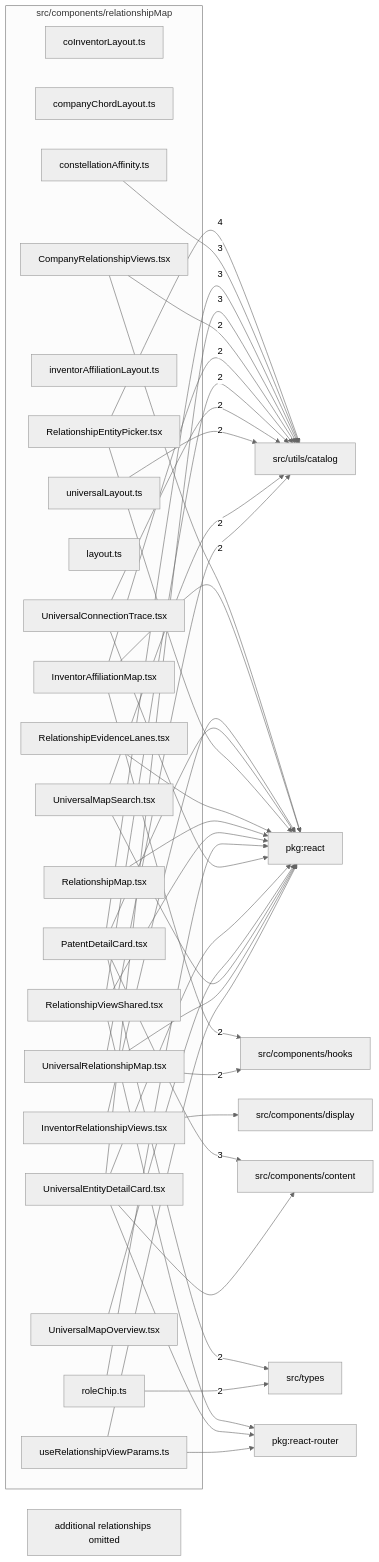
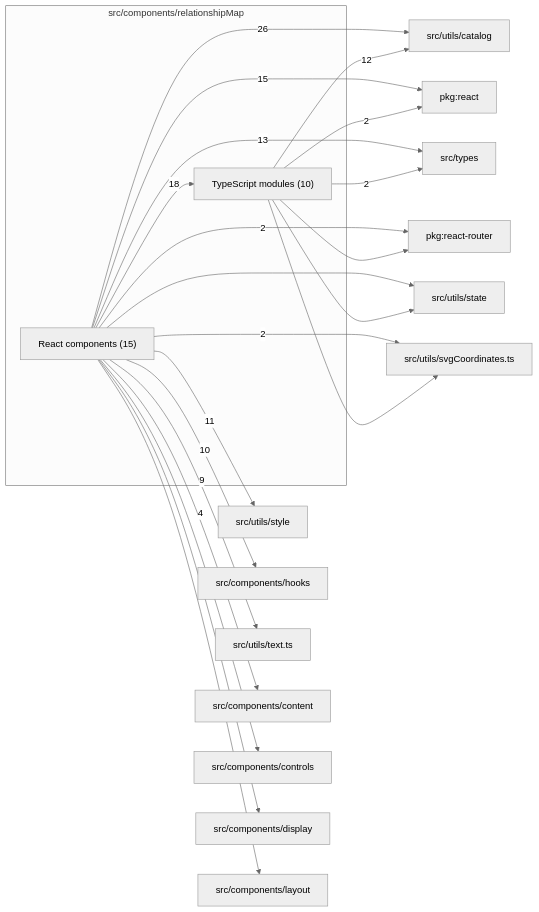
One commit to ronbuening/LensVisualizer changed the diagram in src/components/relationshipMap/readme.md. Above: the diagram before and after it, drawn with Mermaid (neutral theme). The commit also changed other lines of this file and 94 other files, not shown here.

First line of the commit message:
Add six patent-derived lenses and improve the universal relationship map (#923)

````diff
--- a/src/components/relationshipMap/readme.md
+++ b/src/components/relationshipMap/readme.md
@@ -9,70 +9,40 @@
 ```mermaid
 flowchart LR
   subgraph n_src_components_relationshipMap["src/components/relationshipMap"]
-    n_src_components_relationshipMap_src_components_relationshipMap_coInventorLayout_ts["coInventorLayout.ts"]
-    n_src_components_relationshipMap_src_components_relationshipMap_companyChordLayout_ts["companyChordLayout.ts"]
-    n_src_components_relationshipMap_src_components_relationshipMap_CompanyRelationshipViews_tsx["CompanyRelationshipViews.tsx"]
-    n_src_components_relationshipMap_src_components_relationshipMap_constellationAffinity_ts["constellationAffinity.ts"]
-    n_src_components_relationshipMap_src_components_relationshipMap_inventorAffiliationLayout_ts["inventorAffiliationLayout.ts"]
-    n_src_components_relationshipMap_src_components_relationshipMap_InventorAffiliationMap_tsx["InventorAffiliationMap.tsx"]
-    n_src_components_relationshipMap_src_components_relationshipMap_InventorRelationshipViews_tsx["InventorRelationshipViews.tsx"]
-    n_src_components_relationshipMap_src_components_relationshipMap_layout_ts["layout.ts"]
-    n_src_components_relationshipMap_src_components_relationshipMap_PatentDetailCard_tsx["PatentDetailCard.tsx"]
-    n_src_components_relationshipMap_src_components_relationshipMap_RelationshipEntityPicker_tsx["RelationshipEntityPicker.tsx"]
-    n_src_components_relationshipMap_src_components_relationshipMap_RelationshipEvidenceLanes_tsx["RelationshipEvidenceLanes.tsx"]
-    n_src_components_relationshipMap_src_components_relationshipMap_RelationshipMap_tsx["RelationshipMap.tsx"]
-    n_src_components_relationshipMap_src_components_relationshipMap_RelationshipViewShared_tsx["RelationshipViewShared.tsx"]
-    n_src_components_relationshipMap_src_components_relationshipMap_roleChip_ts["roleChip.ts"]
-    n_src_components_relationshipMap_src_components_relationshipMap_UniversalConnectionTrace_tsx["UniversalConnectionTrace.tsx"]
-    n_src_components_relationshipMap_src_components_relationshipMap_UniversalEntityDetailCard_tsx["UniversalEntityDetailCard.tsx"]
-    n_src_components_relationshipMap_src_components_relationshipMap_universalLayout_ts["universalLayout.ts"]
-    n_src_components_relationshipMap_src_components_relationshipMap_UniversalMapOverview_tsx["UniversalMapOverview.tsx"]
-    n_src_components_relationshipMap_src_components_relationshipMap_UniversalMapSearch_tsx["UniversalMapSearch.tsx"]
-    n_src_components_relationshipMap_src_components_relationshipMap_UniversalRelationshipMap_tsx["UniversalRelationshipMap.tsx"]
-    n_src_components_relationshipMap_src_components_relationshipMap_useRelationshipViewParams_ts["useRelationshipViewParams.ts"]
+    n_src_components_relationshipMap_React_components["React components (15)"]
+    n_src_components_relationshipMap_TypeScript_modules["TypeScript modules (10)"]
   end
   n_external_src_utils_catalog["src/utils/catalog"]
+  n_external_pkg_react["pkg:react"]
+  n_external_src_types["src/types"]
+  n_external_src_utils_style["src/utils/style"]
+  n_external_src_components_hooks["src/components/hooks"]
+  n_external_src_utils_text_ts["src/utils/text.ts"]
   n_external_src_components_content["src/components/content"]
-  n_external_src_components_hooks["src/components/hooks"]
-  n_external_src_types["src/types"]
-  n_external_pkg_react["pkg:react"]
   n_external_pkg_react_router["pkg:react-router"]
+  n_external_src_utils_svgCoordinates_ts["src/utils/svgCoordinates.ts"]
+  n_external_src_components_controls["src/components/controls"]
   n_external_src_components_display["src/components/display"]
-  n_src_components_relationshipMap_src_components_relationshipMap_RelationshipEntityPicker_tsx --> |4| n_external_src_utils_catalog
-  n_src_components_relationshipMap_src_components_relationshipMap_PatentDetailCard_tsx --> |3| n_external_src_components_content
-  n_src_components_relationshipMap_src_components_relationshipMap_constellationAffinity_ts --> |3| n_external_src_utils_catalog
-  n_src_components_relationshipMap_src_components_relationshipMap_PatentDetailCard_tsx --> |3| n_external_src_utils_catalog
-  n_src_components_relationshipMap_src_components_relationshipMap_UniversalEntityDetailCard_tsx --> |3| n_external_src_utils_catalog
-  n_src_components_relationshipMap_src_components_relationshipMap_InventorAffiliationMap_tsx --> |2| n_external_src_components_hooks
-  n_src_components_relationshipMap_src_components_relationshipMap_UniversalRelationshipMap_tsx --> |2| n_external_src_components_hooks
-  n_src_components_relationshipMap_src_components_relationshipMap_PatentDetailCard_tsx --> |2| n_external_src_types
-  n_src_components_relationshipMap_src_components_relationshipMap_roleChip_ts --> |2| n_external_src_types
-  n_src_components_relationshipMap_src_components_relationshipMap_CompanyRelationshipViews_tsx --> |2| n_external_src_utils_catalog
-  n_src_components_relationshipMap_src_components_relationshipMap_InventorAffiliationMap_tsx --> |2| n_external_src_utils_catalog
-  n_src_components_relationshipMap_src_components_relationshipMap_RelationshipViewShared_tsx --> |2| n_external_src_utils_catalog
-  n_src_components_relationshipMap_src_components_relationshipMap_UniversalConnectionTrace_tsx --> |2| n_external_src_utils_catalog
-  n_src_components_relationshipMap_src_components_relationshipMap_universalLayout_ts --> |2| n_external_src_utils_catalog
-  n_src_components_relationshipMap_src_components_relationshipMap_UniversalMapSearch_tsx --> |2| n_external_src_utils_catalog
-  n_src_components_relationshipMap_src_components_relationshipMap_UniversalRelationshipMap_tsx --> |2| n_external_src_utils_catalog
-  n_src_components_relationshipMap_src_components_relationshipMap_CompanyRelationshipViews_tsx --> n_external_pkg_react
-  n_src_components_relationshipMap_src_components_relationshipMap_InventorAffiliationMap_tsx --> n_external_pkg_react
-  n_src_components_relationshipMap_src_components_relationshipMap_InventorRelationshipViews_tsx --> n_external_pkg_react
-  n_src_components_relationshipMap_src_components_relationshipMap_PatentDetailCard_tsx --> n_external_pkg_react
-  n_src_components_relationshipMap_src_components_relationshipMap_RelationshipEntityPicker_tsx --> n_external_pkg_react
-  n_src_components_relationshipMap_src_components_relationshipMap_RelationshipEvidenceLanes_tsx --> n_external_pkg_react
-  n_src_components_relationshipMap_src_components_relationshipMap_RelationshipMap_tsx --> n_external_pkg_react
-  n_src_components_relationshipMap_src_components_relationshipMap_RelationshipViewShared_tsx --> n_external_pkg_react
-  n_src_components_relationshipMap_src_components_relationshipMap_roleChip_ts --> n_external_pkg_react
-  n_src_components_relationshipMap_src_components_relationshipMap_UniversalConnectionTrace_tsx --> n_external_pkg_react
-  n_src_components_relationshipMap_src_components_relationshipMap_UniversalEntityDetailCard_tsx --> n_external_pkg_react
-  n_src_components_relationshipMap_src_components_relationshipMap_UniversalMapOverview_tsx --> n_external_pkg_react
-  n_src_components_relationshipMap_src_components_relationshipMap_UniversalMapSearch_tsx --> n_external_pkg_react
-  n_src_components_relationshipMap_src_components_relationshipMap_UniversalRelationshipMap_tsx --> n_external_pkg_react
-  n_src_components_relationshipMap_src_components_relationshipMap_useRelationshipViewParams_ts --> n_external_pkg_react
-  n_src_components_relationshipMap_src_components_relationshipMap_RelationshipViewShared_tsx --> n_external_pkg_react_router
-  n_src_components_relationshipMap_src_components_relationshipMap_UniversalEntityDetailCard_tsx --> n_external_pkg_react_router
-  n_src_components_relationshipMap_src_components_relationshipMap_useRelationshipViewParams_ts --> n_external_pkg_react_router
-  n_src_components_relationshipMap_src_components_relationshipMap_UniversalEntityDetailCard_tsx --> n_external_src_components_content
-  n_src_components_relationshipMap_src_components_relationshipMap_InventorRelationshipViews_tsx --> n_external_src_components_display
-  n_src_components_relationshipMap_truncated["additional relationships omitted"]
+  n_external_src_components_layout["src/components/layout"]
+  n_external_src_utils_state["src/utils/state"]
+  n_src_components_relationshipMap_React_components --> |26| n_external_src_utils_catalog
+  n_src_components_relationshipMap_React_components --> |18| n_src_components_relationshipMap_TypeScript_modules
+  n_src_components_relationshipMap_React_components --> |15| n_external_pkg_react
+  n_src_components_relationshipMap_React_components --> |13| n_external_src_types
+  n_src_components_relationshipMap_TypeScript_modules --> |12| n_external_src_utils_catalog
+  n_src_components_relationshipMap_React_components --> |11| n_external_src_utils_style
+  n_src_components_relationshipMap_React_components --> |10| n_external_src_components_hooks
+  n_src_components_relationshipMap_React_components --> |9| n_external_src_utils_text_ts
+  n_src_components_relationshipMap_React_components --> |4| n_external_src_components_content
+  n_src_components_relationshipMap_TypeScript_modules --> |2| n_external_pkg_react
+  n_src_components_relationshipMap_React_components --> |2| n_external_pkg_react_router
+  n_src_components_relationshipMap_TypeScript_modules --> |2| n_external_src_types
+  n_src_components_relationshipMap_React_components --> |2| n_external_src_utils_svgCoordinates_ts
+  n_src_components_relationshipMap_TypeScript_modules --> n_external_pkg_react_router
+  n_src_components_relationshipMap_React_components --> n_external_src_components_controls
+  n_src_components_relationshipMap_React_components --> n_external_src_components_display
+  n_src_components_relationshipMap_React_components --> n_external_src_components_layout
+  n_src_components_relationshipMap_React_components --> n_external_src_utils_state
+  n_src_components_relationshipMap_TypeScript_modules --> n_external_src_utils_state
+  n_src_components_relationshipMap_TypeScript_modules --> n_external_src_utils_svgCoordinates_ts
 ```
````
